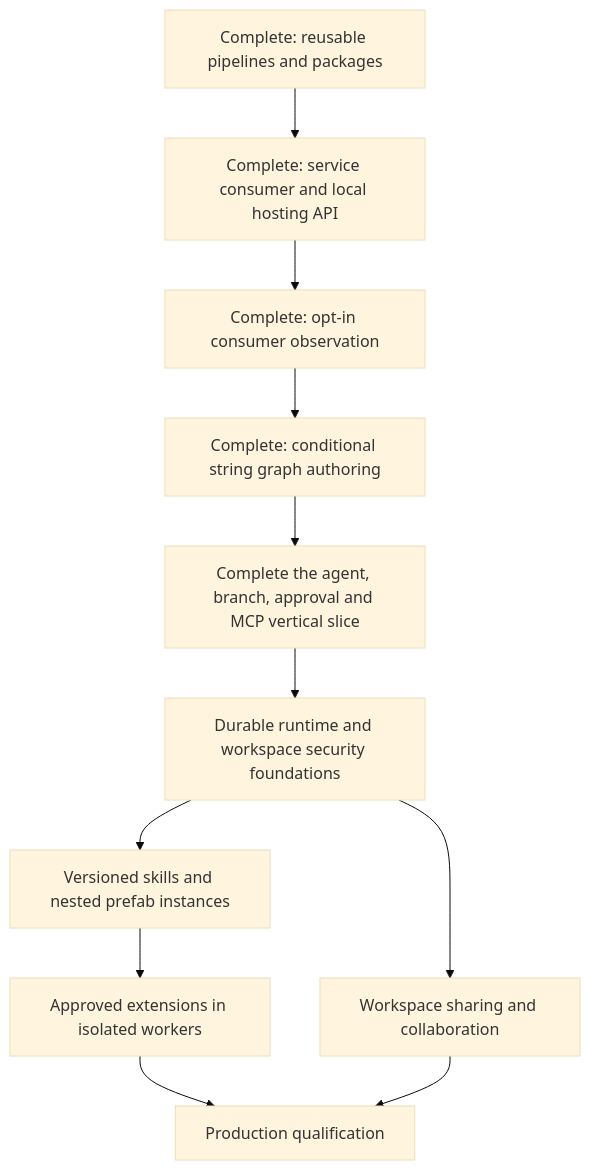
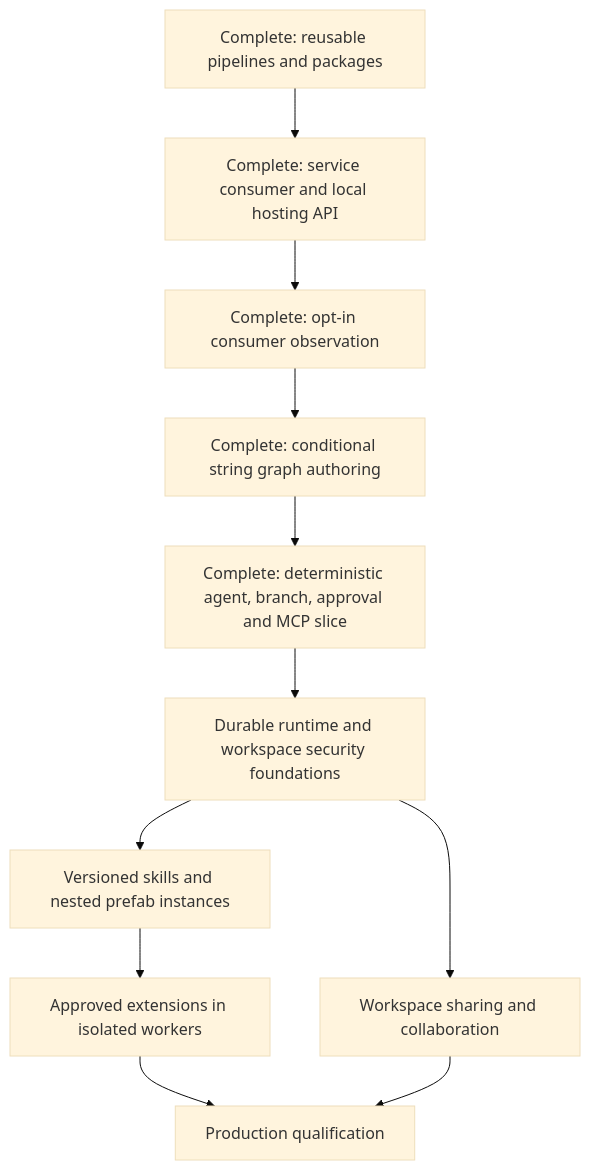
The diagram in docs/roadmap.md (gnalvesteffer/visual-agent-workflow), drawn with Mermaid (base theme) before and after one commit. The commit also changed other lines of this file and 53 other files, not shown here.

````diff
--- a/docs/roadmap.md
+++ b/docs/roadmap.md
@@ -46,13 +50,13 @@
 ```mermaid
 flowchart TD
     Reuse["Complete: reusable pipelines and packages"] --> Hosting["Complete: service consumer and local hosting API"]
     Hosting --> Observe["Complete: opt-in consumer observation"]
     Observe --> Graph["Complete: conditional string graph authoring"]
-    Graph --> Vertical["Complete the agent, branch, approval and MCP vertical slice"]
+    Graph --> Vertical["Complete: deterministic agent, branch, approval and MCP slice"]
     Vertical --> Durable["Durable runtime and workspace security foundations"]
     Durable --> Assets["Versioned skills and nested prefab instances"]
     Assets --> Extensions["Approved extensions in isolated workers"]
     Durable --> Collaboration["Workspace sharing and collaboration"]
     Extensions --> Production["Production qualification"]
     Collaboration --> Production
 ```
````
